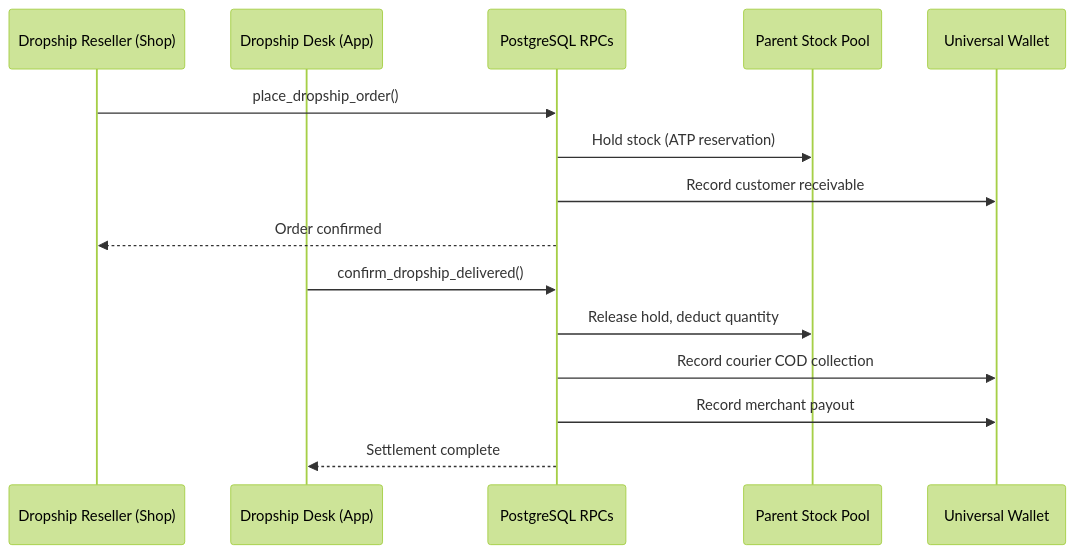
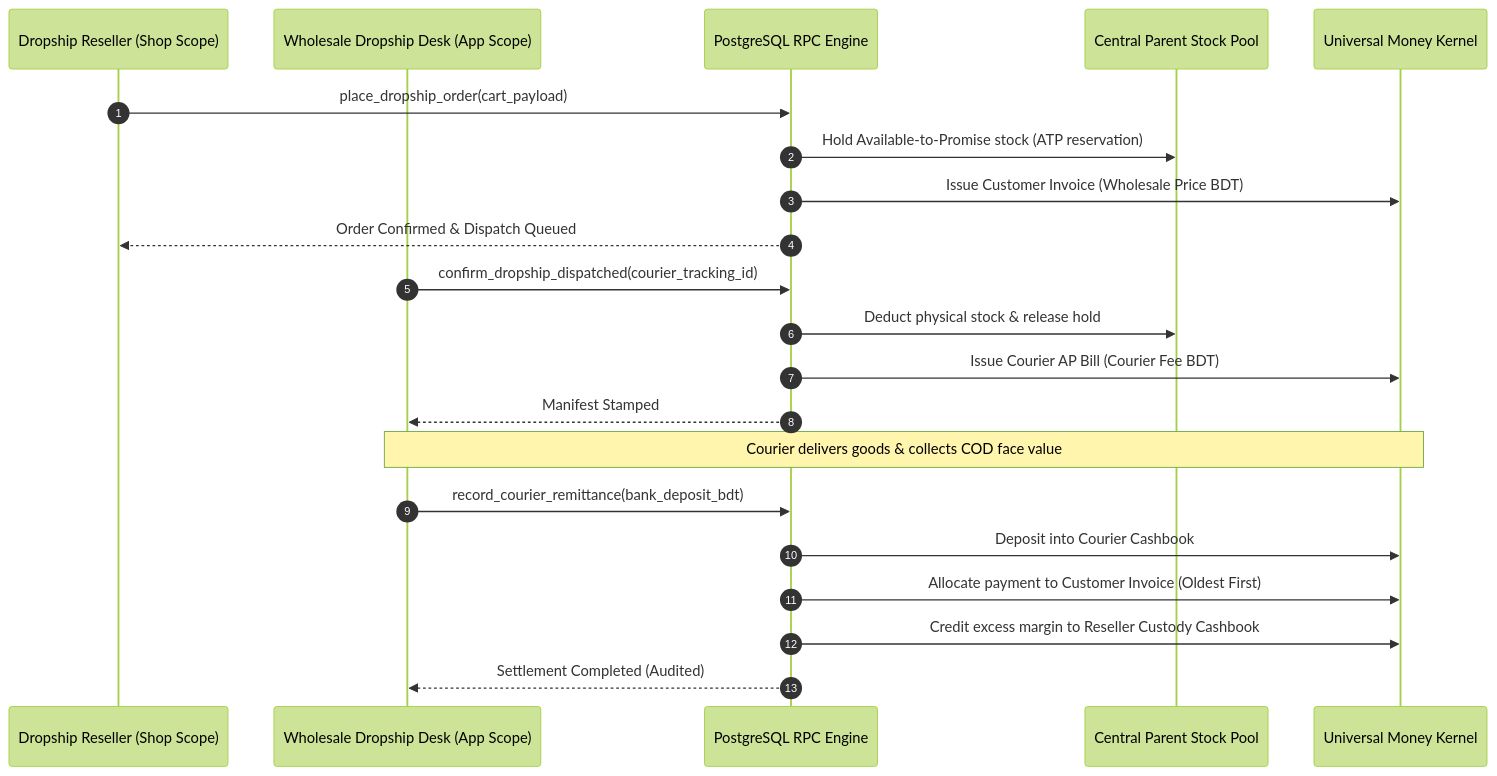
Before and after one commit to marceldavidbaroi/portfolio-astro: the ninth of 10 diagrams in src/content/projects/01-tradeflowbd.md, drawn with Mermaid (forest theme). The commit also changed other lines of this file and 90 other files, not shown here.

````diff
--- a/src/content/projects/01-tradeflowbd.md
+++ b/src/content/projects/01-tradeflowbd.md
@@ -590,19 +569,26 @@
 ```mermaid
 sequenceDiagram
-    participant Reseller as Dropship Reseller (Shop)
-    participant Desk as Dropship Desk (App)
-    participant RPC as PostgreSQL RPCs
-    participant Stock as Parent Stock Pool
-    participant Wallet as Universal Wallet
+    autonumber
+    participant Reseller as Dropship Reseller (Shop Scope)
+    participant Desk as Wholesale Dropship Desk (App Scope)
+    participant RPC as PostgreSQL RPC Engine
+    participant Stock as Central Parent Stock Pool
+    participant Kernel as Universal Money Kernel
 
-    Reseller->>RPC: place_dropship_order()
-    RPC->>Stock: Hold stock (ATP reservation)
-    RPC->>Wallet: Record customer receivable
-    RPC-->>Reseller: Order confirmed
+    Reseller->>RPC: place_dropship_order(cart_payload)
+    RPC->>Stock: Hold Available-to-Promise stock (ATP reservation)
+    RPC->>Kernel: Issue Customer Invoice (Wholesale Price BDT)
+    RPC-->>Reseller: Order Confirmed & Dispatch Queued
 
-    Desk->>RPC: confirm_dropship_delivered()
-    RPC->>Stock: Release hold, deduct quantity
-    RPC->>Wallet: Record courier COD collection
-    RPC->>Wallet: Record merchant payout
-    RPC-->>Desk: Settlement complete
+    Desk->>RPC: confirm_dropship_dispatched(courier_tracking_id)
+    RPC->>Stock: Deduct physical stock & release hold
+    RPC->>Kernel: Issue Courier AP Bill (Courier Fee BDT)
+    RPC-->>Desk: Manifest Stamped
+
+    Note over Desk,Kernel: Courier delivers goods & collects COD face value
+    Desk->>RPC: record_courier_remittance(bank_deposit_bdt)
+    RPC->>Kernel: Deposit into Courier Cashbook
+    RPC->>Kernel: Allocate payment to Customer Invoice (Oldest First)
+    RPC->>Kernel: Credit excess margin to Reseller Custody Cashbook
+    RPC-->>Desk: Settlement Completed (Audited)
 ```
````
